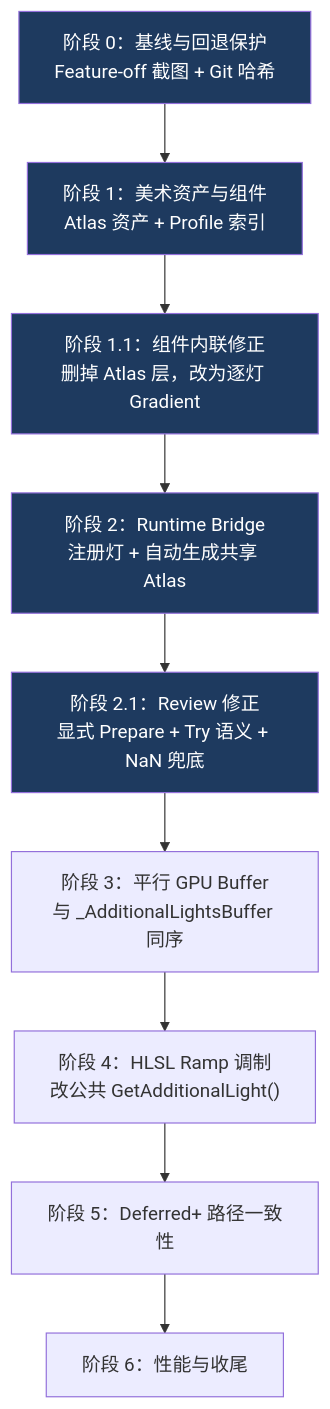
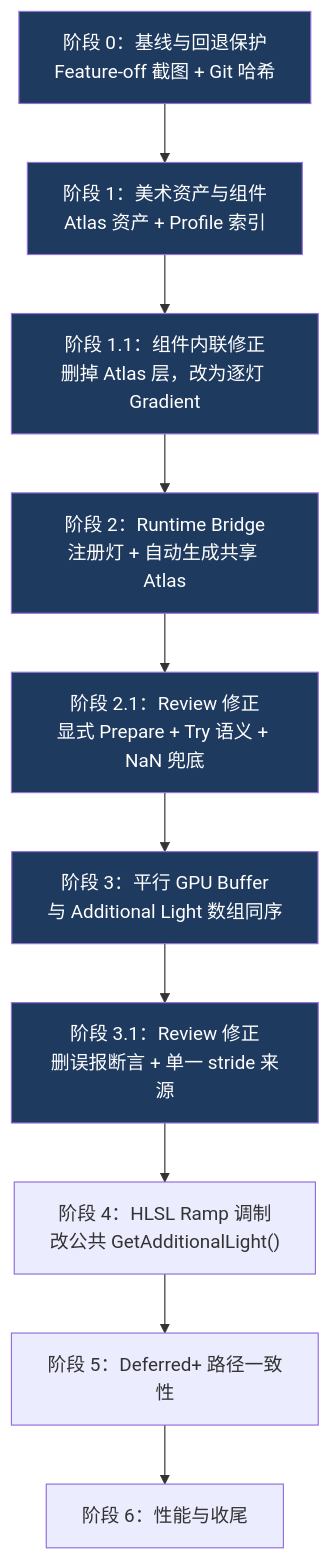
One commit to Pleasant233/Library changed the second of 2 diagrams in TripoDCC&Shader知识库/DCC/Unity/Ramp Light/Ramp Light 知识地图.md. Above: the diagram before and after it, drawn with Mermaid. The commit also changed other lines of this file and 2 other files, not shown here.

````diff
--- a/TripoDCC&Shader知识库/DCC/Unity/Ramp Light/Ramp Light 知识地图.md
+++ b/TripoDCC&Shader知识库/DCC/Unity/Ramp Light/Ramp Light 知识地图.md
@@ -62,17 +63,20 @@
 ```mermaid
 flowchart TD
     S0["阶段 0：基线与回退保护\nFeature-off 截图 + Git 哈希"] --> S1["阶段 1：美术资产与组件\nAtlas 资产 + Profile 索引"]
     S1 --> S11["阶段 1.1：组件内联修正\n删掉 Atlas 层，改为逐灯 Gradient"]
     S11 --> S2["阶段 2：Runtime Bridge\n注册灯 + 自动生成共享 Atlas"]
     S2 --> S21["阶段 2.1：Review 修正\n显式 Prepare + Try 语义 + NaN 兜底"]
-    S21 --> S3["阶段 3：平行 GPU Buffer\n与 _AdditionalLightsBuffer 同序"]
-    S3 --> S4["阶段 4：HLSL Ramp 调制\n改公共 GetAdditionalLight()"]
+    S21 --> S3["阶段 3：平行 GPU Buffer\n与 Additional Light 数组同序"]
+    S3 --> S31["阶段 3.1：Review 修正\n删误报断言 + 单一 stride 来源"]
+    S31 --> S4["阶段 4：HLSL Ramp 调制\n改公共 GetAdditionalLight()"]
     S4 --> S5["阶段 5：Deferred+ 路径一致性"]
     S5 --> S6["阶段 6：性能与收尾"]
 
     style S0 fill:#1e3a5f,color:#fff
     style S1 fill:#1e3a5f,color:#fff
     style S11 fill:#1e3a5f,color:#fff
     style S2 fill:#1e3a5f,color:#fff
     style S21 fill:#1e3a5f,color:#fff
+    style S3 fill:#1e3a5f,color:#fff
+    style S31 fill:#1e3a5f,color:#fff
 ```
````
